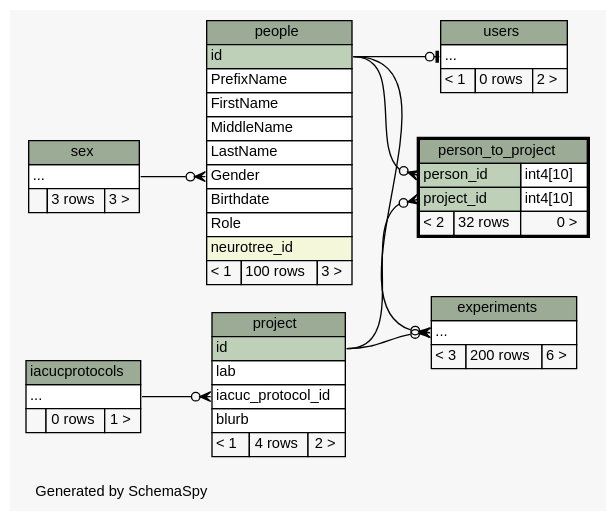
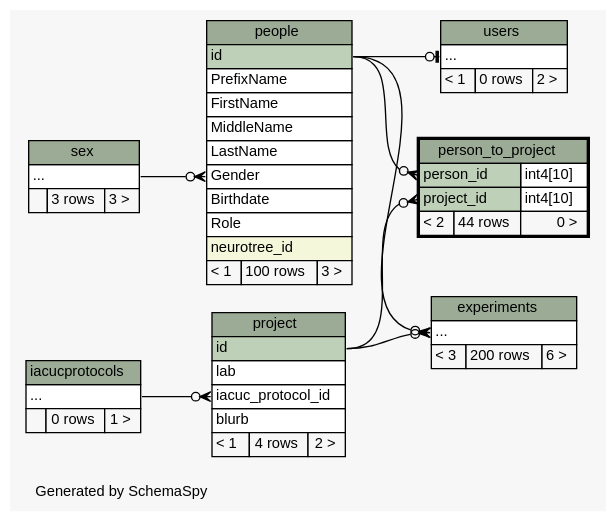
Before and after one commit to tgbugs/mlab: the diagram in database/ss/diagrams/person_to_project.2degrees.dot, drawn with Graphviz. The commit also changed 76 other files, not shown here.

Commit message:
done for the night, fixed a few fk relationships and rebuild schemaspy

```diff
--- a/database/ss/diagrams/person_to_project.2degrees.dot
+++ b/database/ss/diagrams/person_to_project.2degrees.dot
@@ -1,111 +1,111 @@
 // dot 2.32.0 on Windows 7 6.1
 // SchemaSpy rev 590
 digraph "twoDegreesRelationshipsDiagram" {
   graph [
     rankdir="RL"
     bgcolor="#f7f7f7"
     label="\nGenerated by SchemaSpy"
     labeljust="l"
     nodesep="0.18"
     ranksep="0.46"
     fontname="Helvetica"
     fontsize="11"
   ];
   node [
     fontname="Helvetica"
     fontsize="11"
     shape="plaintext"
   ];
   edge [
     arrowsize="0.8"
   ];
   "experiments":"elipses":w -> "people":"id":e [arrowhead=none dir=back arrowtail=crowodot];
   "experiments":"elipses":w -> "project":"id":e [arrowhead=none dir=back arrowtail=crowodot];
   "people":"Gender":w -> "sex":"elipses":e [arrowhead=none dir=back arrowtail=crowodot];
   "person_to_project":"person_id":w -> "people":"id":e [arrowhead=none dir=back arrowtail=crowodot];
   "person_to_project":"project_id":w -> "project":"id":e [arrowhead=none dir=back arrowtail=crowodot];
   "project":"iacuc_protocol_id":w -> "iacucprotocols":"elipses":e [arrowhead=none dir=back arrowtail=crowodot];
   "users":"elipses":w -> "people":"id":e [arrowhead=none dir=back arrowtail=teeodot];
   "experiments" [
     label=<
     <TABLE BORDER="0" CELLBORDER="1" CELLSPACING="0" BGCOLOR="#ffffff">
       <TR><TD COLSPAN="3" BGCOLOR="#9bab96" ALIGN="CENTER">experiments</TD></TR>
       <TR><TD PORT="elipses" COLSPAN="3" ALIGN="LEFT">...</TD></TR>
       <TR><TD ALIGN="LEFT" BGCOLOR="#f7f7f7">&lt; 3</TD><TD ALIGN="RIGHT" BGCOLOR="#f7f7f7">200 rows</TD><TD ALIGN="RIGHT" BGCOLOR="#f7f7f7">6 &gt;</TD></TR>
     </TABLE>>
     URL="experiments.html"
     tooltip="experiments"
   ];
   "iacucprotocols" [
     label=<
     <TABLE BORDER="0" CELLBORDER="1" CELLSPACING="0" BGCOLOR="#ffffff">
       <TR><TD COLSPAN="3" BGCOLOR="#9bab96" ALIGN="CENTER">iacucprotocols</TD></TR>
       <TR><TD PORT="elipses" COLSPAN="3" ALIGN="LEFT">...</TD></TR>
       <TR><TD ALIGN="LEFT" BGCOLOR="#f7f7f7">  </TD><TD ALIGN="RIGHT" BGCOLOR="#f7f7f7">0 rows</TD><TD ALIGN="RIGHT" BGCOLOR="#f7f7f7">1 &gt;</TD></TR>
     </TABLE>>
     URL="iacucprotocols.html"
     tooltip="iacucprotocols"
   ];
   "people" [
     label=<
     <TABLE BORDER="0" CELLBORDER="1" CELLSPACING="0" BGCOLOR="#ffffff">
       <TR><TD COLSPAN="3" BGCOLOR="#9bab96" ALIGN="CENTER">people</TD></TR>
       <TR><TD PORT="id" COLSPAN="3" BGCOLOR="#bed1b8" ALIGN="LEFT">id</TD></TR>
       <TR><TD PORT="PrefixName" COLSPAN="3" ALIGN="LEFT">PrefixName</TD></TR>
       <TR><TD PORT="FirstName" COLSPAN="3" ALIGN="LEFT">FirstName</TD></TR>
       <TR><TD PORT="MiddleName" COLSPAN="3" ALIGN="LEFT">MiddleName</TD></TR>
       <TR><TD PORT="LastName" COLSPAN="3" ALIGN="LEFT">LastName</TD></TR>
       <TR><TD PORT="Gender" COLSPAN="3" ALIGN="LEFT">Gender</TD></TR>
       <TR><TD PORT="Birthdate" COLSPAN="3" ALIGN="LEFT">Birthdate</TD></TR>
       <TR><TD PORT="Role" COLSPAN="3" ALIGN="LEFT">Role</TD></TR>
       <TR><TD PORT="neurotree_id" COLSPAN="3" BGCOLOR="#f4f7da" ALIGN="LEFT">neurotree_id</TD></TR>
       <TR><TD ALIGN="LEFT" BGCOLOR="#f7f7f7">&lt; 1</TD><TD ALIGN="RIGHT" BGCOLOR="#f7f7f7">100 rows</TD><TD ALIGN="RIGHT" BGCOLOR="#f7f7f7">3 &gt;</TD></TR>
     </TABLE>>
     URL="people.html"
     tooltip="people"
   ];
   "person_to_project" [
     label=<
     <TABLE BORDER="2" CELLBORDER="1" CELLSPACING="0" BGCOLOR="#ffffff">
       <TR><TD COLSPAN="3" BGCOLOR="#9bab96" ALIGN="CENTER">person_to_project</TD></TR>
       <TR><TD PORT="person_id" COLSPAN="2" BGCOLOR="#bed1b8" ALIGN="LEFT">person_id</TD><TD PORT="person_id.type" ALIGN="LEFT">int4[10]</TD></TR>
       <TR><TD PORT="project_id" COLSPAN="2" BGCOLOR="#bed1b8" ALIGN="LEFT">project_id</TD><TD PORT="project_id.type" ALIGN="LEFT">int4[10]</TD></TR>
-      <TR><TD ALIGN="LEFT" BGCOLOR="#f7f7f7">&lt; 2</TD><TD ALIGN="RIGHT" BGCOLOR="#f7f7f7">32 rows</TD><TD ALIGN="RIGHT" BGCOLOR="#f7f7f7">0 &gt;</TD></TR>
+      <TR><TD ALIGN="LEFT" BGCOLOR="#f7f7f7">&lt; 2</TD><TD ALIGN="RIGHT" BGCOLOR="#f7f7f7">44 rows</TD><TD ALIGN="RIGHT" BGCOLOR="#f7f7f7">0 &gt;</TD></TR>
     </TABLE>>
     URL="person_to_project.html"
     tooltip="person_to_project"
   ];
   "project" [
     label=<
     <TABLE BORDER="0" CELLBORDER="1" CELLSPACING="0" BGCOLOR="#ffffff">
       <TR><TD COLSPAN="3" BGCOLOR="#9bab96" ALIGN="CENTER">project</TD></TR>
       <TR><TD PORT="id" COLSPAN="3" BGCOLOR="#bed1b8" ALIGN="LEFT">id</TD></TR>
       <TR><TD PORT="lab" COLSPAN="3" ALIGN="LEFT">lab</TD></TR>
       <TR><TD PORT="iacuc_protocol_id" COLSPAN="3" ALIGN="LEFT">iacuc_protocol_id</TD></TR>
       <TR><TD PORT="blurb" COLSPAN="3" ALIGN="LEFT">blurb</TD></TR>
       <TR><TD ALIGN="LEFT" BGCOLOR="#f7f7f7">&lt; 1</TD><TD ALIGN="RIGHT" BGCOLOR="#f7f7f7">4 rows</TD><TD ALIGN="RIGHT" BGCOLOR="#f7f7f7">2 &gt;</TD></TR>
     </TABLE>>
     URL="project.html"
     tooltip="project"
   ];
   "sex" [
     label=<
     <TABLE BORDER="0" CELLBORDER="1" CELLSPACING="0" BGCOLOR="#ffffff">
       <TR><TD COLSPAN="3" BGCOLOR="#9bab96" ALIGN="CENTER">sex</TD></TR>
       <TR><TD PORT="elipses" COLSPAN="3" ALIGN="LEFT">...</TD></TR>
       <TR><TD ALIGN="LEFT" BGCOLOR="#f7f7f7">  </TD><TD ALIGN="RIGHT" BGCOLOR="#f7f7f7">3 rows</TD><TD ALIGN="RIGHT" BGCOLOR="#f7f7f7">3 &gt;</TD></TR>
     </TABLE>>
     URL="sex.html"
     tooltip="sex"
   ];
   "users" [
     label=<
     <TABLE BORDER="0" CELLBORDER="1" CELLSPACING="0" BGCOLOR="#ffffff">
       <TR><TD COLSPAN="3" BGCOLOR="#9bab96" ALIGN="CENTER">users</TD></TR>
       <TR><TD PORT="elipses" COLSPAN="3" ALIGN="LEFT">...</TD></TR>
       <TR><TD ALIGN="LEFT" BGCOLOR="#f7f7f7">&lt; 1</TD><TD ALIGN="RIGHT" BGCOLOR="#f7f7f7">0 rows</TD><TD ALIGN="RIGHT" BGCOLOR="#f7f7f7">2 &gt;</TD></TR>
     </TABLE>>
     URL="users.html"
     tooltip="users"
   ];
 }
```
